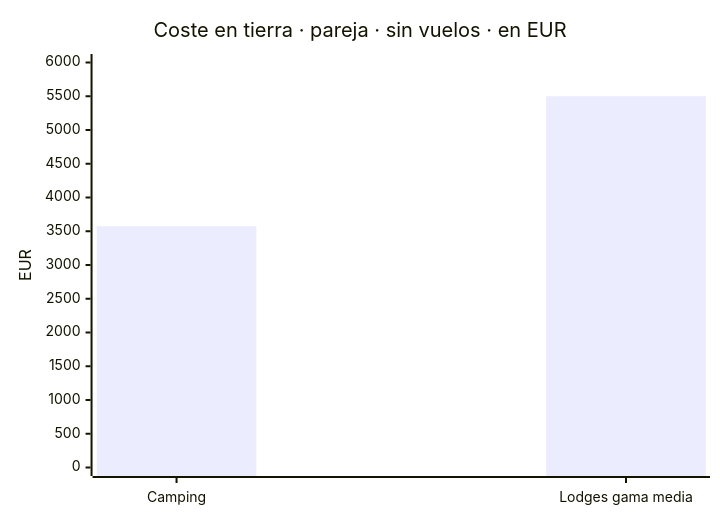
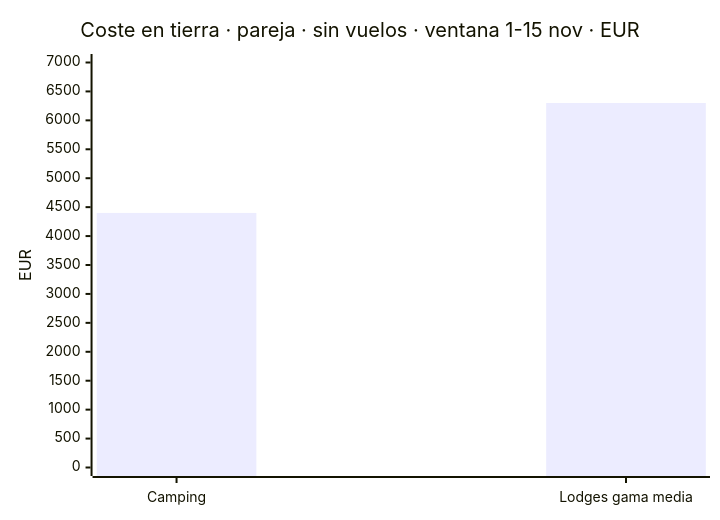
Before and after one commit to morandeirachema/namibia: the third of 5 diagrams in README.md, drawn with Mermaid. The commit also changed other lines of this file and 1 other file, not shown here.

First line of the commit message:
Fijar la ventana 1-15 de noviembre y crear la Variante D con Sossusvlei y Etosha

````diff
--- a/README.md
+++ b/README.md
@@ -226,7 +143,7 @@
 ```mermaid
 xychart-beta
-    title "Coste en tierra · pareja · sin vuelos · en EUR"
+    title "Coste en tierra · pareja · sin vuelos · ventana 1-15 nov · EUR"
     x-axis ["Camping", "Lodges gama media"]
-    y-axis "EUR" 0 --> 6000
-    bar [3575, 5500]
+    y-axis "EUR" 0 --> 7000
+    bar [4400, 6300]
 ```
````
